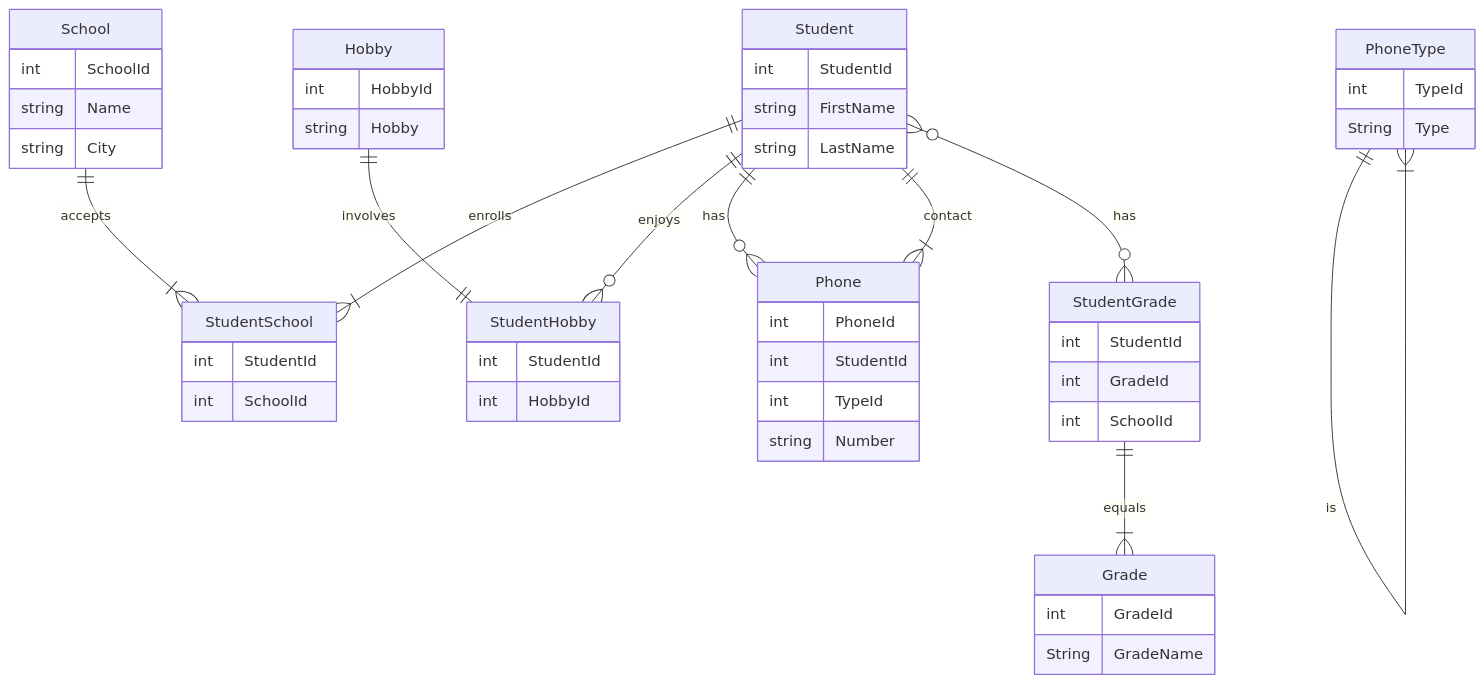
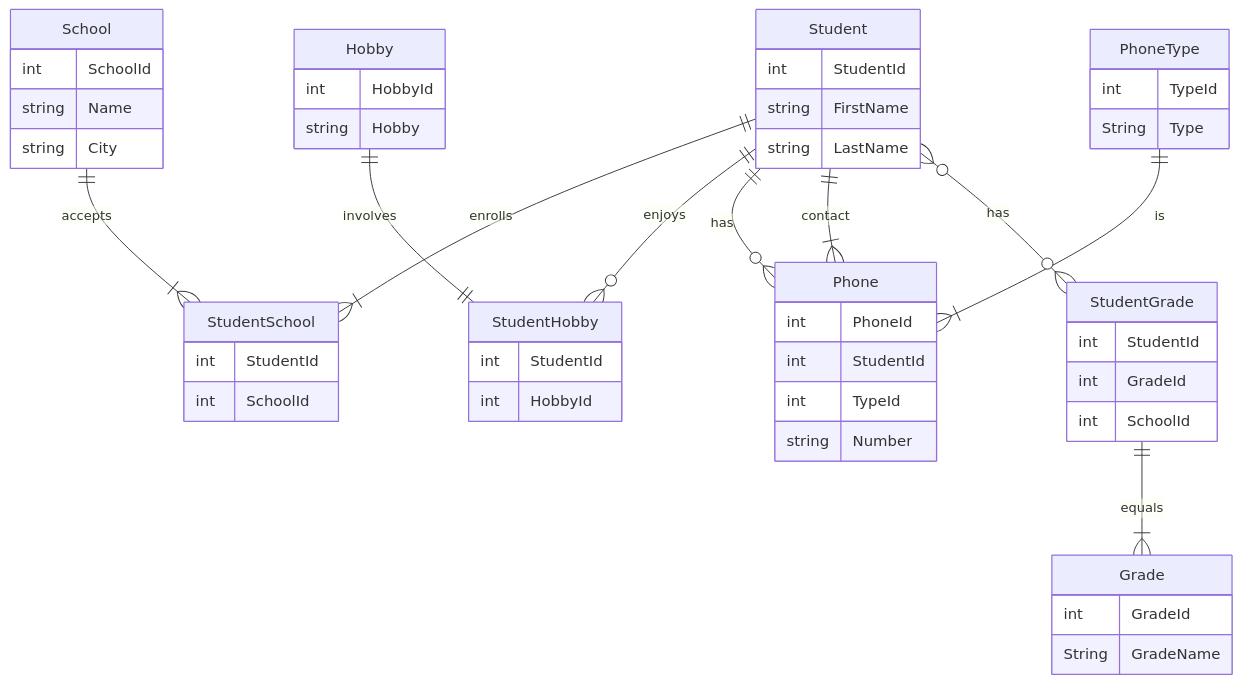
One commit to ellinorekmark/db2022 changed the diagram in README.md. Above: the diagram before and after it, drawn with Mermaid.

````diff
--- a/README.md
+++ b/README.md
@@ -1,70 +1,70 @@
 ```mermaid
 
 erDiagram    
     School ||--|{ StudentSchool : accepts
     Student || --|{StudentSchool : enrolls
     Student ||--o{StudentHobby : enjoys
     Student || -- o{Phone : has
-    PhoneType ||--|{ PhoneType : is
+    PhoneType ||--|{ Phone : is
     Hobby ||--||StudentHobby : involves
     Student ||--|{Phone : contact
     Student }o--o{ StudentGrade : has
     StudentGrade ||--|{ Grade : equals
     
     
     StudentSchool {
         int StudentId
         int SchoolId
     }
     
     Student {
         int StudentId
         string FirstName
         string LastName
     }
     
     School {
         int SchoolId
         string Name
         string City
     }
 
     StudentHobby {
         int StudentId
         int HobbyId
     }
 
     Hobby {
         int HobbyId
         string Hobby
     }
 
     Phone {
         int PhoneId
         int StudentId
 	int TypeId
         string Number
     }
 
     PhoneType {
 	int TypeId
 	String Type
     }
 
     Grade {
 	int GradeId
 	String GradeName
     }
 
     StudentGrade {
 	int StudentId
 	int GradeId
 	int SchoolId
     }
 
 
 
 
 
 
 ```
````
